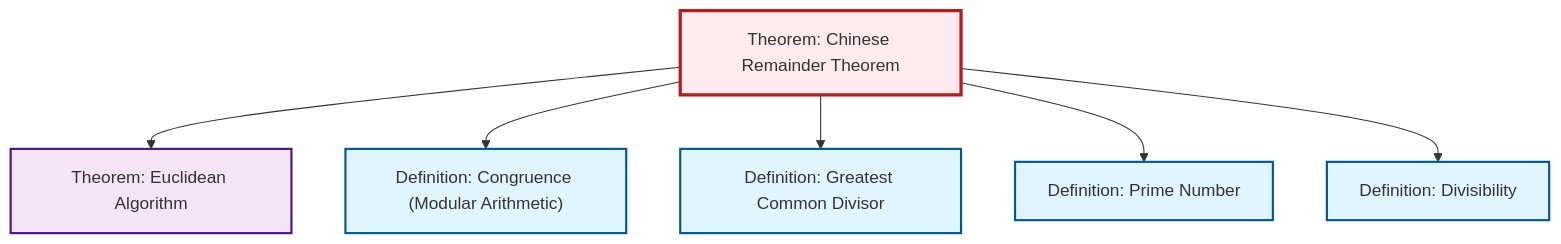
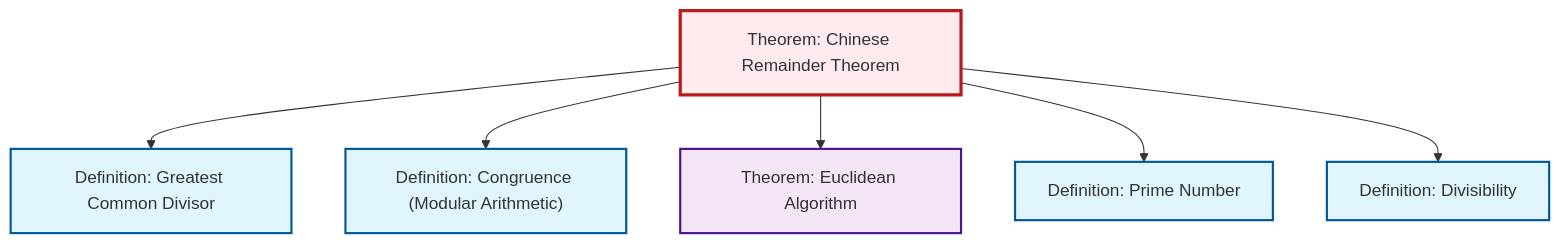
One commit to RK0429/ModernMath changed the diagram in content/en/number-theory/thm-chinese-remainder.qmd. Above: the diagram before and after it, drawn with Mermaid. The commit also changed other lines of this file and 597 other files, not shown here.

````diff
--- a/content/en/number-theory/thm-chinese-remainder.qmd
+++ b/content/en/number-theory/thm-chinese-remainder.qmd
@@ -88,26 +88,26 @@
 ```{mermaid}
 %%| fig-cap: "Local dependency graph"
 graph TD
     classDef definition fill:#e1f5fe,stroke:#01579b,stroke-width:2px
     classDef theorem fill:#f3e5f5,stroke:#4a148c,stroke-width:2px
     classDef axiom fill:#fff3e0,stroke:#e65100,stroke-width:2px
     classDef example fill:#e8f5e9,stroke:#1b5e20,stroke-width:2px
     classDef current fill:#ffebee,stroke:#b71c1c,stroke-width:3px
+    def-gcd["Definition: Greatest Common Divisor"]:::definition
+    def-congruence["Definition: Congruence (Modular Arithmetic)"]:::definition
+    thm-chinese-remainder["Theorem: Chinese Remainder Theorem"]:::theorem
+    thm-euclidean-algorithm["Theorem: Euclidean Algorithm"]:::theorem
+    def-prime["Definition: Prime Number"]:::definition
     def-divisibility["Definition: Divisibility"]:::definition
-    thm-euclidean-algorithm["Theorem: Euclidean Algorithm"]:::theorem
-    thm-chinese-remainder["Theorem: Chinese Remainder Theorem"]:::theorem
-    def-prime["Definition: Prime Number"]:::definition
-    def-congruence["Definition: Congruence (Modular Arithmetic)"]:::definition
-    def-gcd["Definition: Greatest Common Divisor"]:::definition
+    thm-chinese-remainder --> def-gcd
+    thm-chinese-remainder --> def-congruence
     thm-chinese-remainder --> thm-euclidean-algorithm
-    thm-chinese-remainder --> def-congruence
-    thm-chinese-remainder --> def-gcd
     thm-chinese-remainder --> def-prime
     thm-chinese-remainder --> def-divisibility
     class thm-chinese-remainder current
-    click def-divisibility "def-divisibility.html" "Go to Divisibility definition"
+    click def-gcd "def-gcd.html" "Go to Greatest Common Divisor definition"
+    click def-congruence "def-congruence.html" "Go to Congruence (Modular Arithmetic) definition"
     click thm-euclidean-algorithm "thm-euclidean-algorithm.html" "Go to Euclidean Algorithm theorem"
     click def-prime "def-prime.html" "Go to Prime Number definition"
-    click def-congruence "def-congruence.html" "Go to Congruence (Modular Arithmetic) definition"
-    click def-gcd "def-gcd.html" "Go to Greatest Common Divisor definition"
+    click def-divisibility "def-divisibility.html" "Go to Divisibility definition"
 ```
````
